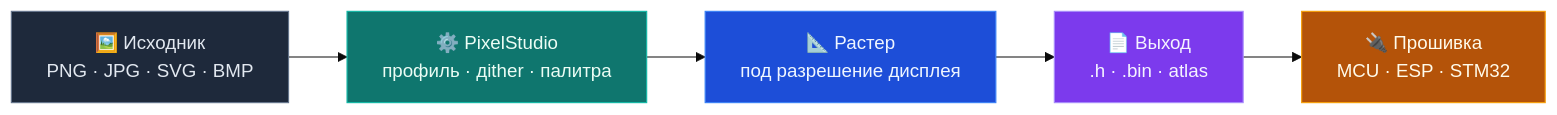
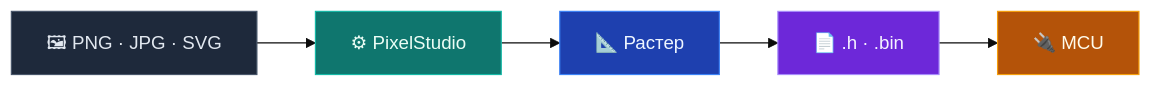
Before and after one commit to DeeTech-Labs/PixelStudio: the diagram in README.md, drawn with Mermaid (base theme). The commit also changed other lines of this file and 10 other files, not shown here.

````diff
--- a/README.md
+++ b/README.md
@@ -29,16 +77,16 @@
 ```mermaid
 flowchart LR
-    A["🖼️ Исходник<br/>PNG · JPG · SVG · BMP"]
-    B["⚙️ PixelStudio<br/>профиль · дither · палитра"]
-    C["📐 Растер<br/>под разрешение дисплея"]
-    D["📄 Выход<br/>.h · .bin · atlas"]
-    E["🔌 Прошивка<br/>MCU · ESP · STM32"]
+    A["🖼 PNG · JPG · SVG"]
+    B["⚙ PixelStudio"]
+    C["📐 Растер"]
+    D["📄 .h · .bin"]
+    E["🔌 MCU"]
 
     A --> B --> C --> D --> E
 
-    style A fill:#1e293b,stroke:#64748b,color:#e2e8f0
+    style A fill:#1e293b,stroke:#475569,color:#e2e8f0
     style B fill:#0f766e,stroke:#14b8a6,color:#ecfdf5
-    style C fill:#1d4ed8,stroke:#3b82f6,color:#eff6ff
-    style D fill:#7c3aed,stroke:#a78bfa,color:#f5f3ff
+    style C fill:#1e40af,stroke:#3b82f6,color:#eff6ff
+    style D fill:#6d28d9,stroke:#a78bfa,color:#f5f3ff
     style E fill:#b45309,stroke:#f59e0b,color:#fffbeb
 ```
````
